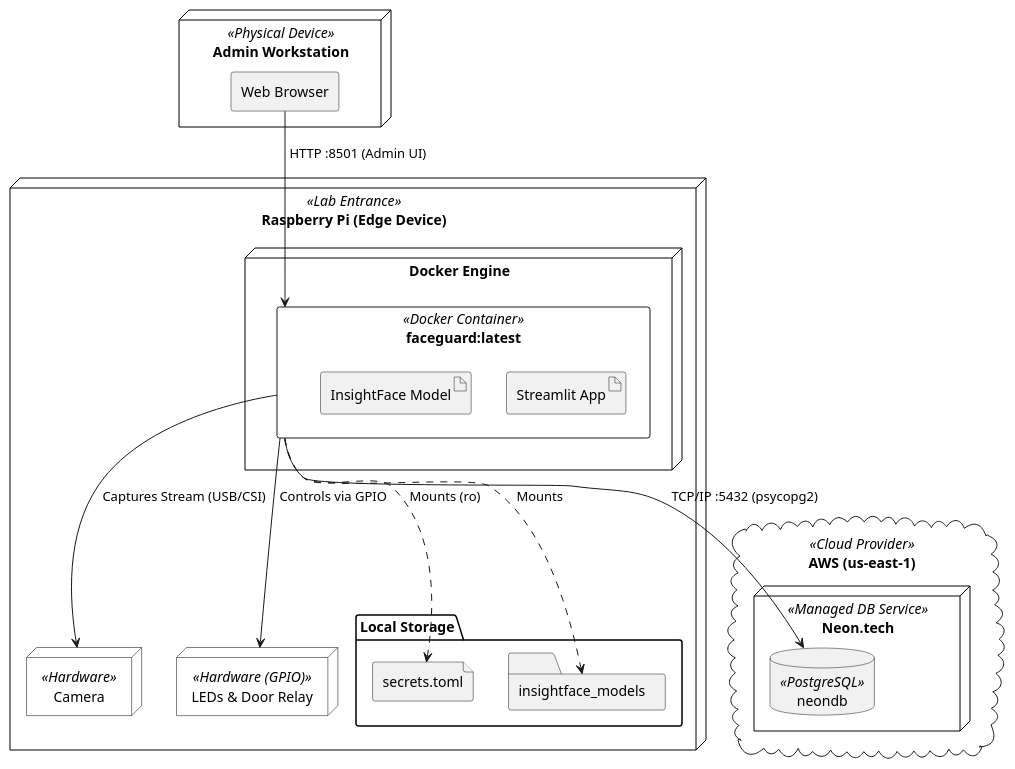
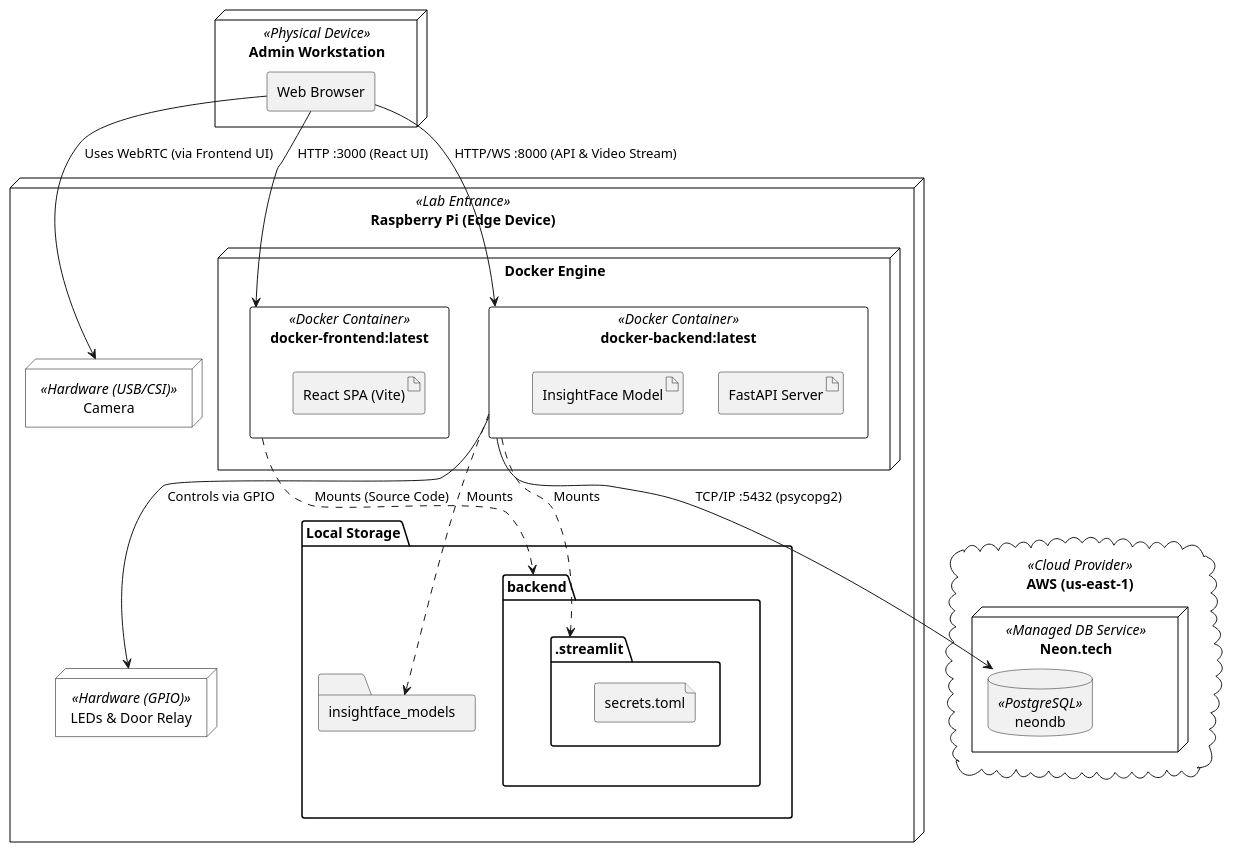
The diagram in docs/architecture/deployment-view/deployment-diagram.puml (Innopolis-Robotics-Society/FaceGuardV3), drawn with PlantUML before and after one commit. The commit also changed 13 other files, not shown here.

Commit message:
docs: update architecture documentation and UATs for React/FastAPI transition, add ADR-005, and finalize Streamlit removal

```diff
--- a/docs/architecture/deployment-view/deployment-diagram.puml
+++ b/docs/architecture/deployment-view/deployment-diagram.puml
@@ -1,46 +1,55 @@
 @startuml deployment-view
 skinparam componentStyle rectangle
 skinparam node {
     BackgroundColor white
     BorderColor black
 }
 
 node "Admin Workstation" <<Physical Device>> as PC {
     component "Web Browser" as Browser
 }
 
 node "Raspberry Pi (Edge Device)" <<Lab Entrance>> as RPi {
-    node "Camera" <<Hardware>> as Cam
+    node "Camera" <<Hardware (USB/CSI)>> as Cam
     node "LEDs & Door Relay" <<Hardware (GPIO)>> as DoorCtrl
 
     node "Docker Engine" as Docker {
-        component "faceguard:latest" <<Docker Container>> as FaceGuardApp {
-            artifact "Streamlit App"
+        component "docker-frontend:latest" <<Docker Container>> as FrontendApp {
+            artifact "React SPA (Vite)"
+        }
+        component "docker-backend:latest" <<Docker Container>> as BackendApp {
+            artifact "FastAPI Server"
             artifact "InsightFace Model"
         }
     }
     
     folder "Local Storage" as Storage {
-        file "secrets.toml" as Secrets
+        folder "backend" as BackendDir {
+            folder ".streamlit" as StreamlitDir {
+                file "secrets.toml" as Secrets
+            }
+        }
         folder "insightface_models" as Models
     }
     
-    FaceGuardApp ..> Secrets : " Mounts (ro)"
-    FaceGuardApp ..> Models : " Mounts"
+    BackendApp ..> StreamlitDir : " Mounts"
+    BackendApp ..> Models : " Mounts"
+    FrontendApp ..> BackendDir : " Mounts (Source Code)"
     
     ' Physical connections inside the Pi
-    FaceGuardApp --> Cam : " Captures Stream (USB/CSI)"
-    FaceGuardApp --> DoorCtrl : " Controls via GPIO"
+    Browser --> Cam : " Uses WebRTC (via Frontend UI)"
+    BackendApp --> DoorCtrl : " Controls via GPIO"
 }
 
 cloud "AWS (us-east-1)" <<Cloud Provider>> as AWS {
     node "Neon.tech" <<Managed DB Service>> as Neon {
         database "neondb" <<PostgreSQL>> as DB
     }
 }
 
 ' Network Connections
-Browser --> FaceGuardApp : " HTTP :8501 (Admin UI)"
-FaceGuardApp --> DB : " TCP/IP :5432 (psycopg2)"
+Browser --> FrontendApp : " HTTP :3000 (React UI)"
+Browser --> BackendApp : " HTTP/WS :8000 (API & Video Stream)"
+BackendApp --> DB : " TCP/IP :5432 (psycopg2)"
 
 @enduml
```
